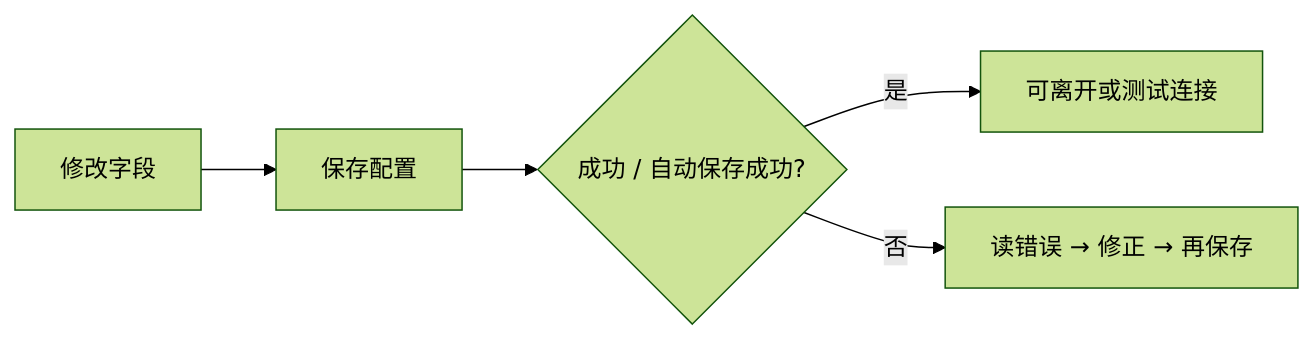
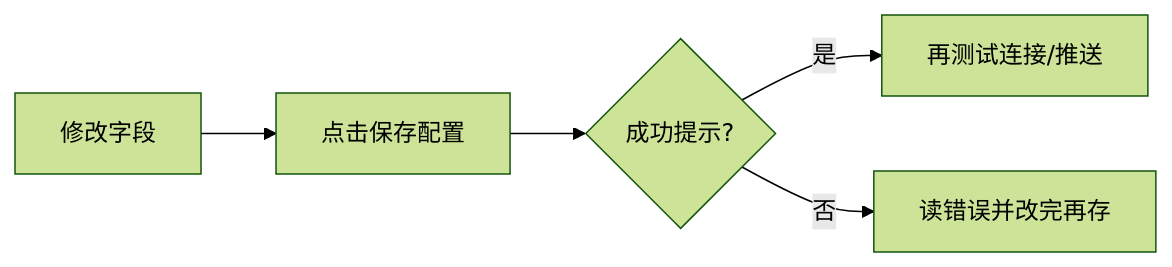
The diagram in docs/ui-manual/10-settings.md (SiinXu/stock-pulse-ai), drawn with Mermaid (forest theme) before and after one commit. The commit also changed other lines of this file and 18 other files, not shown here.

````diff
--- a/docs/ui-manual/10-settings.md
+++ b/docs/ui-manual/10-settings.md
@@ -58,7 +34,7 @@
 ```mermaid
 flowchart LR
-  E[修改字段] --> S[保存配置]
-  S --> O{成功 / 自动保存成功?}
-  O -->|是| N[可离开或测试连接]
-  O -->|否| R[读错误 → 修正 → 再保存]
+  A[修改字段] --> B[点击保存配置]
+  B --> C{成功提示?}
+  C -->|是| D[再测试连接/推送]
+  C -->|否| E[读错误并改完再存]
 ```
````
